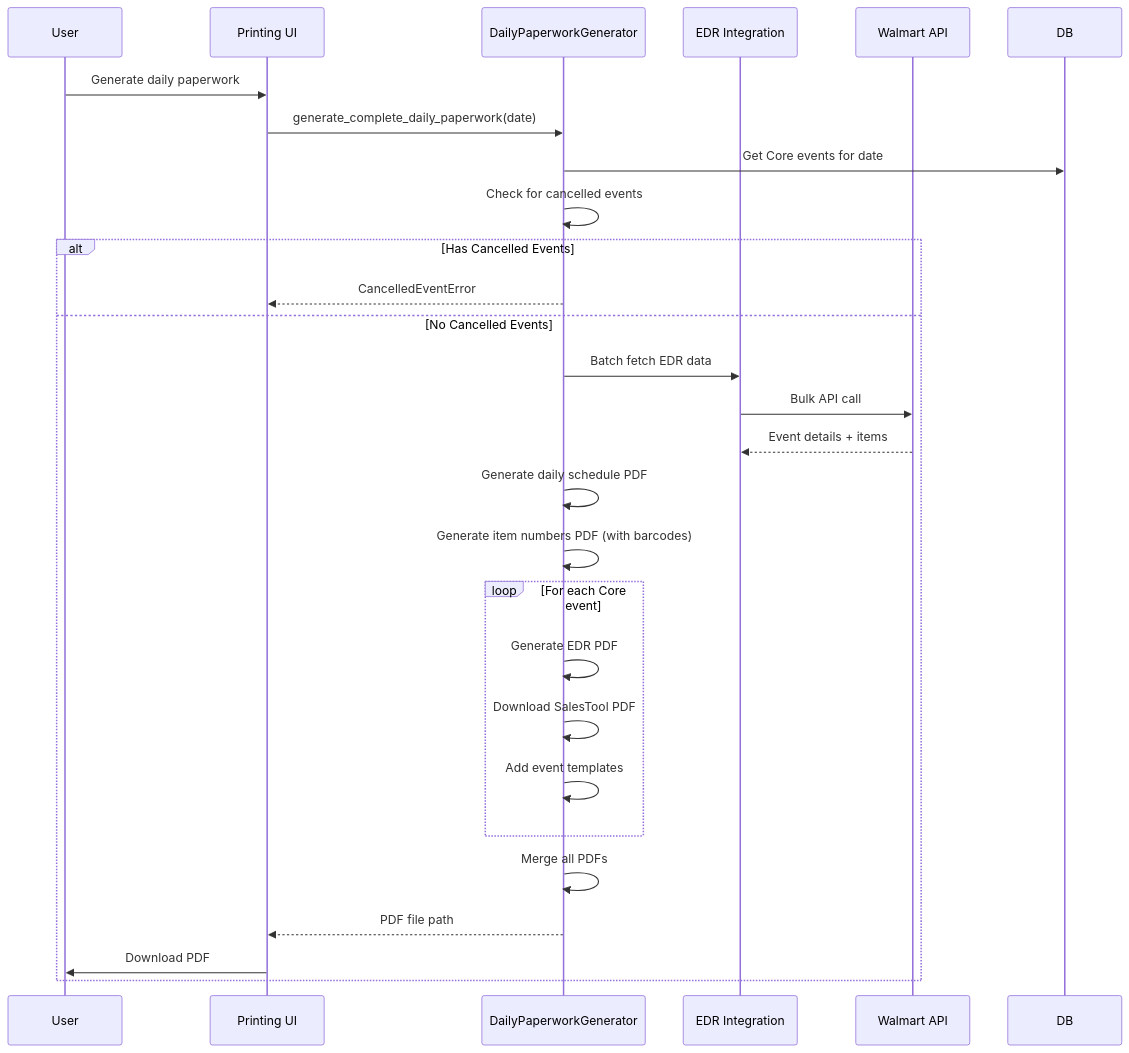
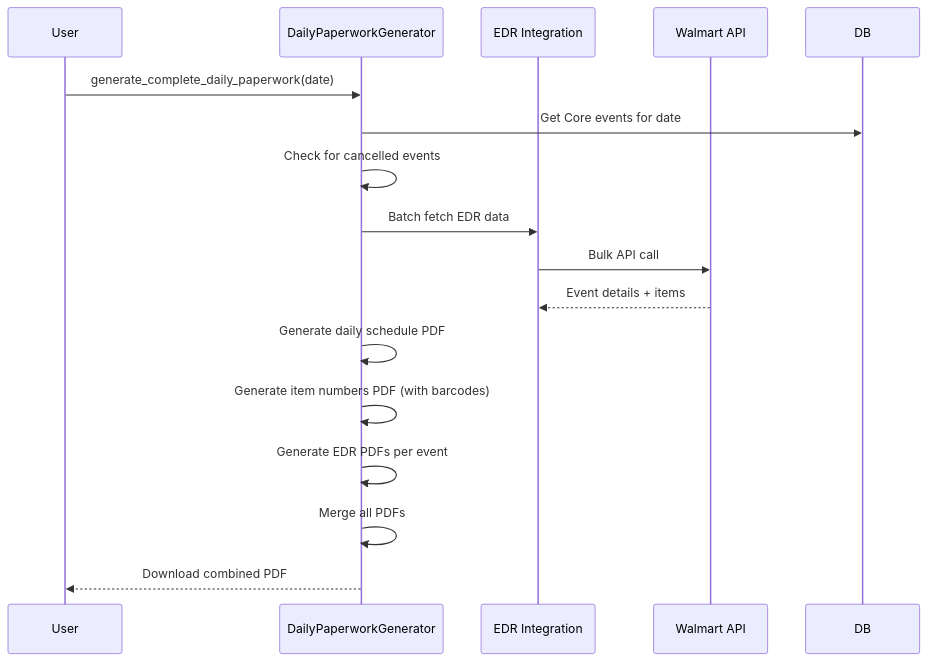
Before and after one commit to cyberiseeyou/pceventmanager: the fifth of 5 diagrams in docs/CODEBASE_MAP.md, drawn with Mermaid. The commit also changed other lines of this file and 71 other files, not shown here.

````diff
--- a/docs/CODEBASE_MAP.md
+++ b/docs/CODEBASE_MAP.md
@@ -861,34 +704,19 @@
 ```mermaid
 sequenceDiagram
     participant User
-    participant UI as Printing UI
     participant Generator as DailyPaperworkGenerator
     participant EDR as EDR Integration
     participant Walmart as Walmart API
 
-    User->>UI: Generate daily paperwork
-    UI->>Generator: generate_complete_daily_paperwork(date)
+    User->>Generator: generate_complete_daily_paperwork(date)
     Generator->>DB: Get Core events for date
     Generator->>Generator: Check for cancelled events
-
-    alt Has Cancelled Events
-        Generator-->>UI: CancelledEventError
-    else No Cancelled Events
-        Generator->>EDR: Batch fetch EDR data
-        EDR->>Walmart: Bulk API call
-        Walmart-->>EDR: Event details + items
-
-        Generator->>Generator: Generate daily schedule PDF
-        Generator->>Generator: Generate item numbers PDF (with barcodes)
-
-        loop For each Core event
-            Generator->>Generator: Generate EDR PDF
-            Generator->>Generator: Download SalesTool PDF
-            Generator->>Generator: Add event templates
-        end
-
-        Generator->>Generator: Merge all PDFs
-        Generator-->>UI: PDF file path
-        UI->>User: Download PDF
-    end
+    Generator->>EDR: Batch fetch EDR data
+    EDR->>Walmart: Bulk API call
+    Walmart-->>EDR: Event details + items
+    Generator->>Generator: Generate daily schedule PDF
+    Generator->>Generator: Generate item numbers PDF (with barcodes)
+    Generator->>Generator: Generate EDR PDFs per event
+    Generator->>Generator: Merge all PDFs
+    Generator-->>User: Download combined PDF
 ```
````
